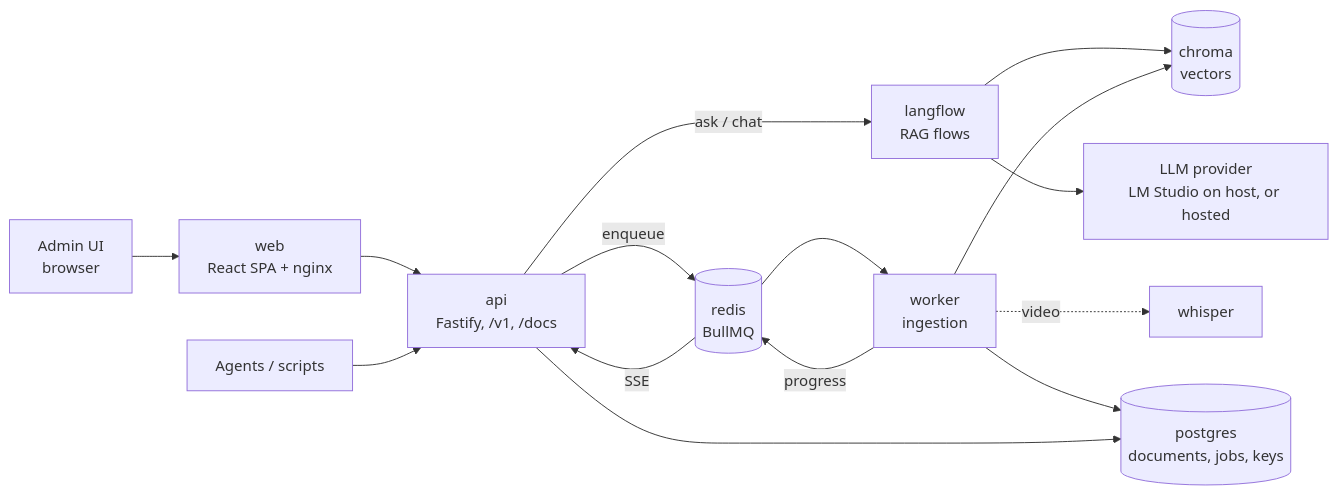
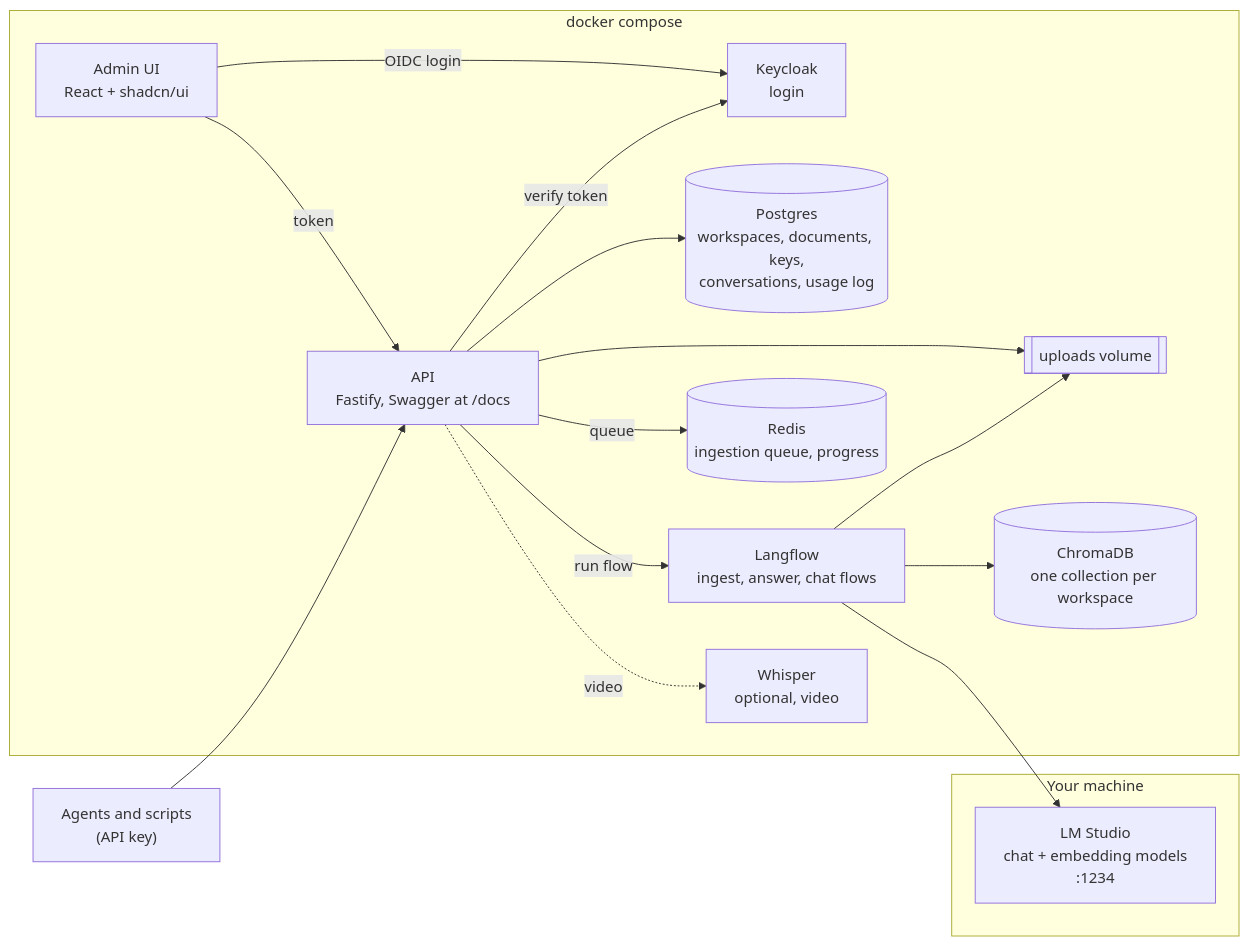
One commit to g-terra/rag-workspaces changed the first of 2 diagrams in docs/architecture.md. Above: the diagram before and after it, drawn with Mermaid. The commit also changed other lines of this file and 4 other files, not shown here.

First line of the commit message:
docs: rework plan for workspaces, Langflow ingestion and Keycloak

````diff
--- a/docs/architecture.md
+++ b/docs/architecture.md
@@ -19,17 +21,29 @@
 ```mermaid
 flowchart LR
-  UI[Admin UI<br/>browser] --> WEB[web<br/>React SPA + nginx]
-  WEB --> API
-  AG[Agents / scripts] --> API[api<br/>Fastify, /v1, /docs]
-  API -- ask / chat --> LF[langflow<br/>RAG flows]
-  LF --> QD[(chroma<br/>vectors)]
-  LF --> LLM[LLM provider<br/>LM Studio on host, or hosted]
-  API -- enqueue --> RD[(redis<br/>BullMQ)]
-  RD --> WK[worker<br/>ingestion]
-  WK --> QD
-  WK -. video .-> WH[whisper]
-  WK --> PG[(postgres<br/>documents, jobs, keys)]
+  subgraph host["Your machine"]
+    LMS["LM Studio<br/>chat + embedding models<br/>:1234"]
+  end
+  subgraph compose["docker compose"]
+    KC["Keycloak<br/>login"]
+    WEB["Admin UI<br/>React + shadcn/ui"]
+    API["API<br/>Fastify, Swagger at /docs"]
+    LF["Langflow<br/>ingest, answer, chat flows"]
+    CH[("ChromaDB<br/>one collection per workspace")]
+    PG[("Postgres<br/>workspaces, documents, keys,<br/>conversations, usage log")]
+    RD[("Redis<br/>ingestion queue, progress")]
+    WH["Whisper<br/>optional, video"]
+    VOL[["uploads volume"]]
+  end
+  AG["Agents and scripts<br/>(API key)"] --> API
+  WEB -- OIDC login --> KC
+  WEB -- token --> API
+  API -- verify token --> KC
   API --> PG
-  WK -- progress --> RD
-  RD -- SSE --> API
+  API --> VOL
+  API -- queue --> RD
+  API -- run flow --> LF
+  LF --> VOL
+  LF --> CH
+  LF --> LMS
+  API -. video .-> WH
 ```
````
